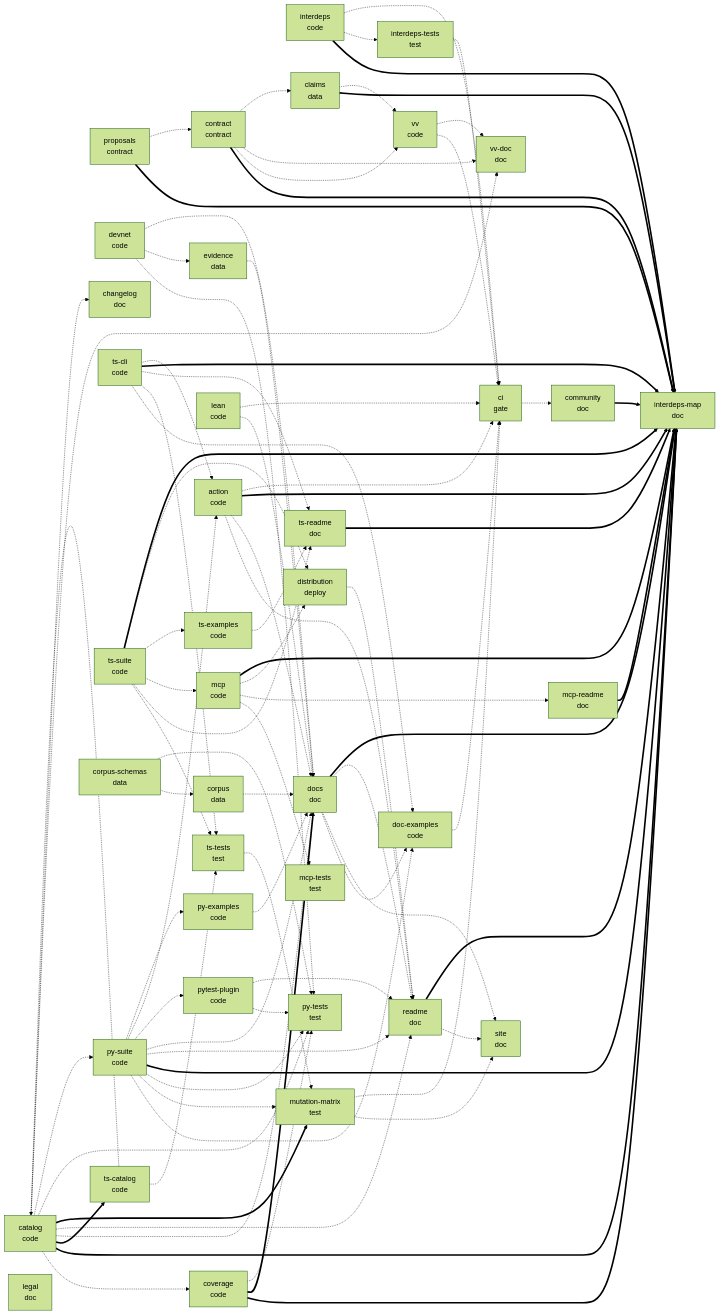
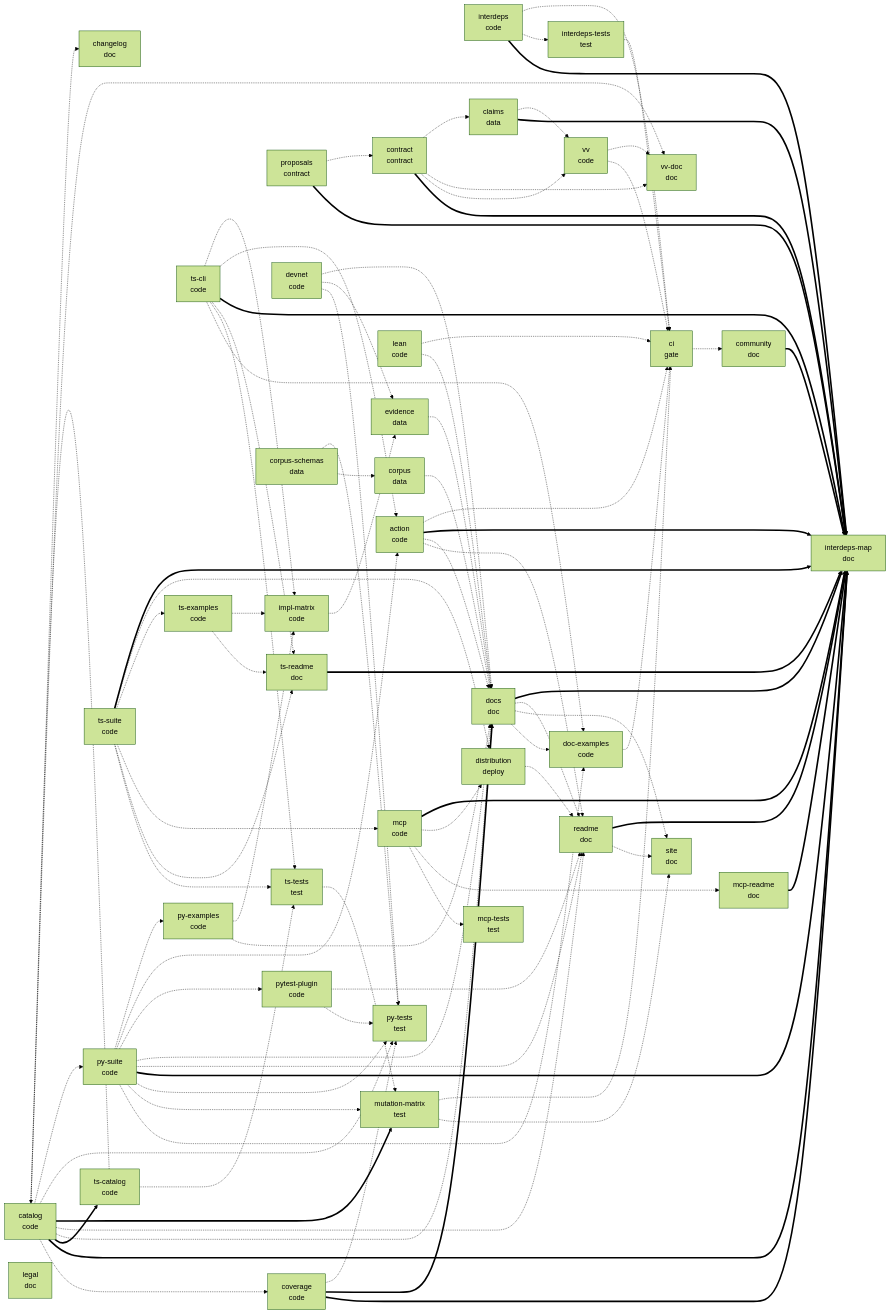
The second of 2 diagrams in docs/INTERDEPENDENCY.md (actions-marketplace-validations/atsp-protocol_x402-conformance), drawn with Mermaid (forest theme) before and after one commit. The commit also changed other lines of this file and 19 other files, not shown here.

First line of the commit message:
XC-19: implementation matrix, five stock servers at pinned versions with hashed evidence (#64)

````diff
--- a/docs/INTERDEPENDENCY.md
+++ b/docs/INTERDEPENDENCY.md
@@ -354,6 +354,7 @@
   corpus_schemas["corpus-schemas<br/>data"]
   corpus["corpus<br/>data"]
   evidence["evidence<br/>data"]
+  impl_matrix["impl-matrix<br/>code"]
   readme["readme<br/>doc"]
   changelog["changelog<br/>doc"]
   docs["docs<br/>doc"]
@@ -445,4 +446,8 @@
   community ==> interdeps_map
   ci -.-> community
   distribution -.-> readme
+  ts_cli -.-> impl_matrix
+  ts_examples -.-> impl_matrix
+  py_examples -.-> impl_matrix
+  impl_matrix -.-> evidence
 ```
````
